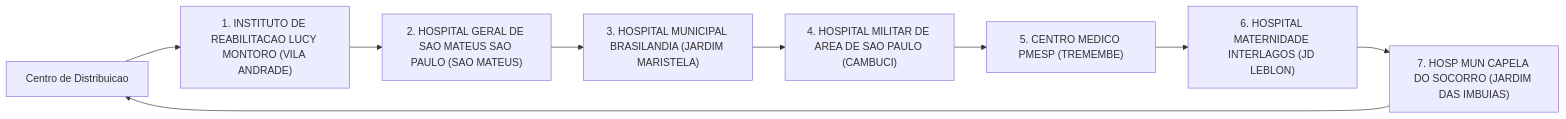
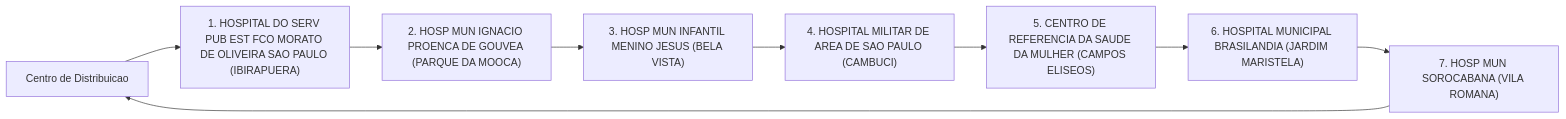
Before and after one commit to victorldomingues/pos_fiap_ia_fase2_tech_challenge: the third of 11 diagrams in tsp/output/instrucoes_motoristas.md, drawn with Mermaid. The commit also changed other lines of this file and 6 other files, not shown here.

````diff
--- a/tsp/output/instrucoes_motoristas.md
+++ b/tsp/output/instrucoes_motoristas.md
@@ -186,19 +175,19 @@
 ```mermaid
 flowchart LR
     deposito["Centro de Distribuicao"]
-    parada_1["1. INSTITUTO DE REABILITACAO LUCY MONTORO (VILA ANDRADE)"]
+    parada_1["1. HOSPITAL DO SERV PUB EST FCO MORATO DE OLIVEIRA SAO PAULO (IBIRAPUERA)"]
     deposito --> parada_1
-    parada_2["2. HOSPITAL GERAL DE SAO MATEUS SAO PAULO (SAO MATEUS)"]
+    parada_2["2. HOSP MUN IGNACIO PROENCA DE GOUVEA (PARQUE DA MOOCA)"]
     parada_1 --> parada_2
-    parada_3["3. HOSPITAL MUNICIPAL BRASILANDIA (JARDIM MARISTELA)"]
+    parada_3["3. HOSP MUN INFANTIL MENINO JESUS (BELA VISTA)"]
     parada_2 --> parada_3
     parada_4["4. HOSPITAL MILITAR DE AREA DE SAO PAULO (CAMBUCI)"]
     parada_3 --> parada_4
-    parada_5["5. CENTRO MEDICO PMESP (TREMEMBE)"]
+    parada_5["5. CENTRO DE REFERENCIA DA SAUDE DA MULHER (CAMPOS ELISEOS)"]
     parada_4 --> parada_5
-    parada_6["6. HOSPITAL MATERNIDADE INTERLAGOS (JD LEBLON)"]
+    parada_6["6. HOSPITAL MUNICIPAL BRASILANDIA (JARDIM MARISTELA)"]
     parada_5 --> parada_6
-    parada_7["7. HOSP MUN CAPELA DO SOCORRO (JARDIM DAS IMBUIAS)"]
+    parada_7["7. HOSP MUN SOROCABANA (VILA ROMANA)"]
     parada_6 --> parada_7
     parada_7 --> deposito
 ```
````
